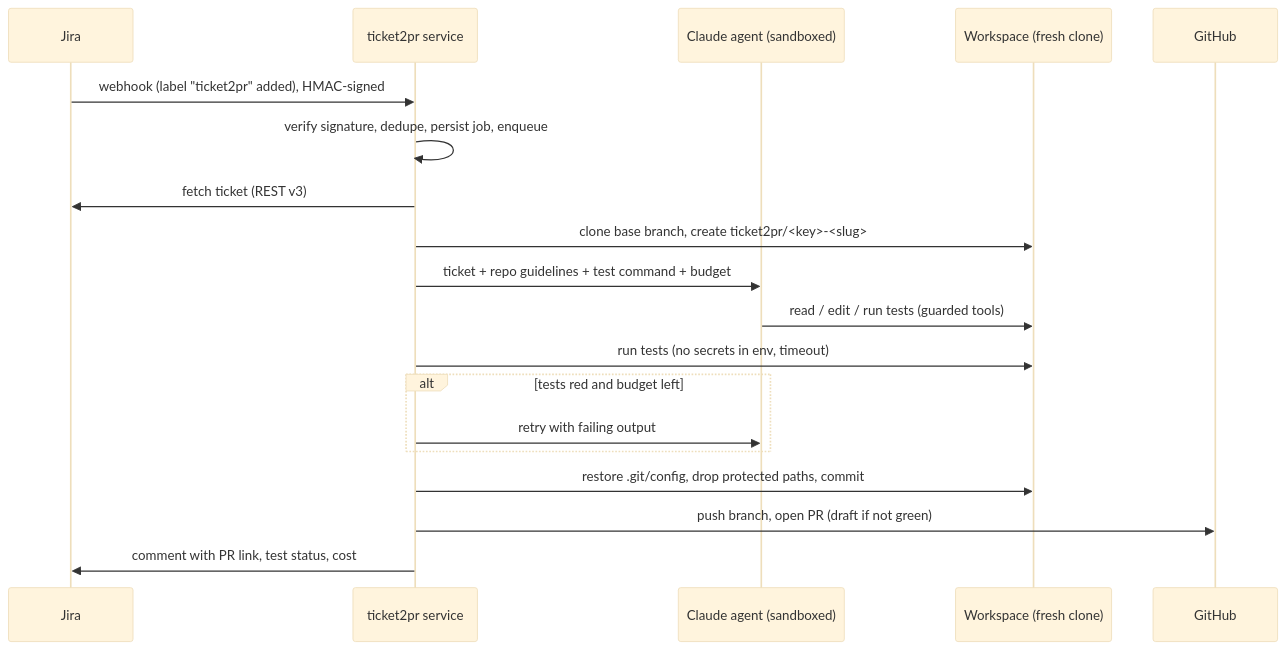
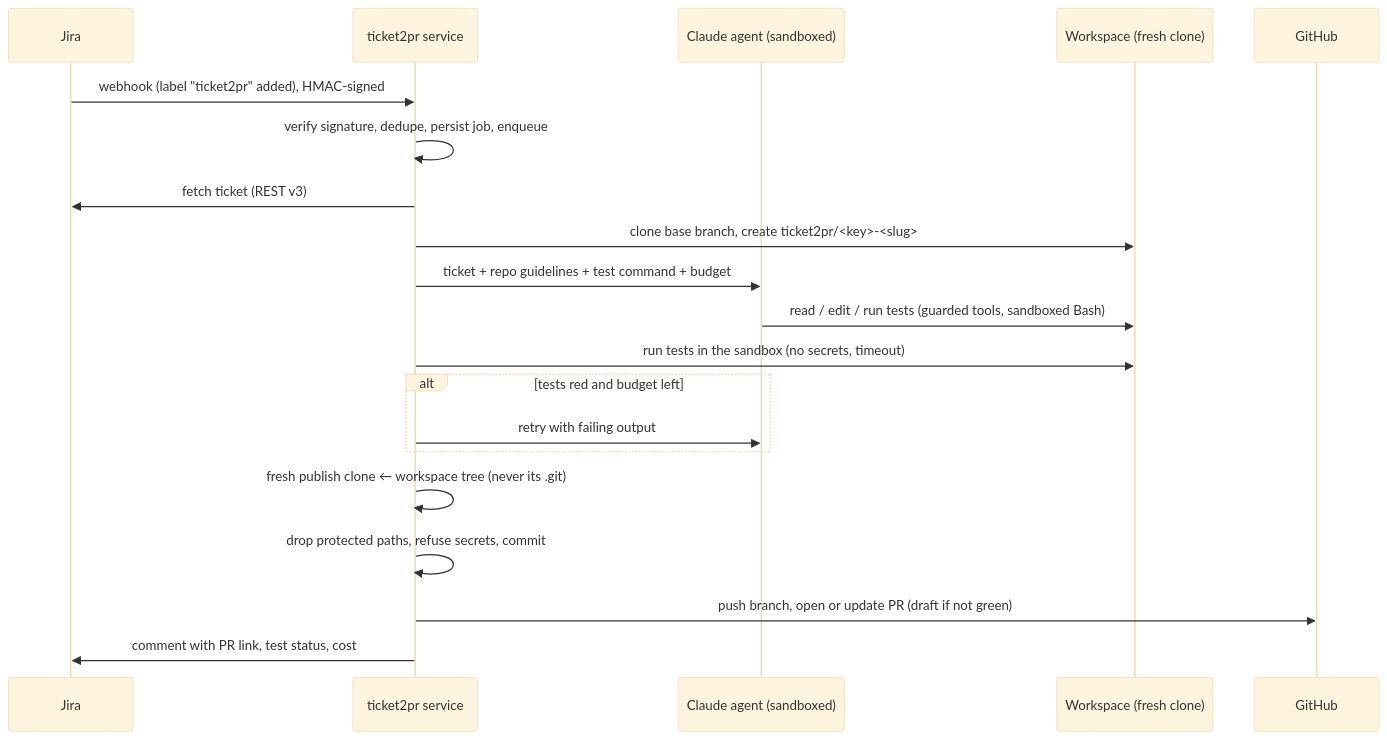
One commit to chawkijaballi-dev/ticket2pr changed the diagram in README.md. Above: the diagram before and after it, drawn with Mermaid (base theme). The commit also changed other lines of this file and 36 other files, not shown here.

````diff
--- a/README.md
+++ b/README.md
@@ -37,22 +36,23 @@
 ```mermaid
 sequenceDiagram
     participant Jira
     participant API as ticket2pr service
     participant Agent as Claude agent (sandboxed)
     participant Repo as Workspace (fresh clone)
     participant GH as GitHub
 
     Jira->>API: webhook (label "ticket2pr" added), HMAC-signed
     API->>API: verify signature, dedupe, persist job, enqueue
     API->>Jira: fetch ticket (REST v3)
     API->>Repo: clone base branch, create ticket2pr/<key>-<slug>
     API->>Agent: ticket + repo guidelines + test command + budget
-    Agent->>Repo: read / edit / run tests (guarded tools)
-    API->>Repo: run tests (no secrets in env, timeout)
+    Agent->>Repo: read / edit / run tests (guarded tools, sandboxed Bash)
+    API->>Repo: run tests in the sandbox (no secrets, timeout)
     alt tests red and budget left
         API->>Agent: retry with failing output
     end
-    API->>Repo: restore .git/config, drop protected paths, commit
-    API->>GH: push branch, open PR (draft if not green)
+    API->>API: fresh publish clone ← workspace tree (never its .git)
+    API->>API: drop protected paths, refuse secrets, commit
+    API->>GH: push branch, open or update PR (draft if not green)
     API->>Jira: comment with PR link, test status, cost
 ```
````
